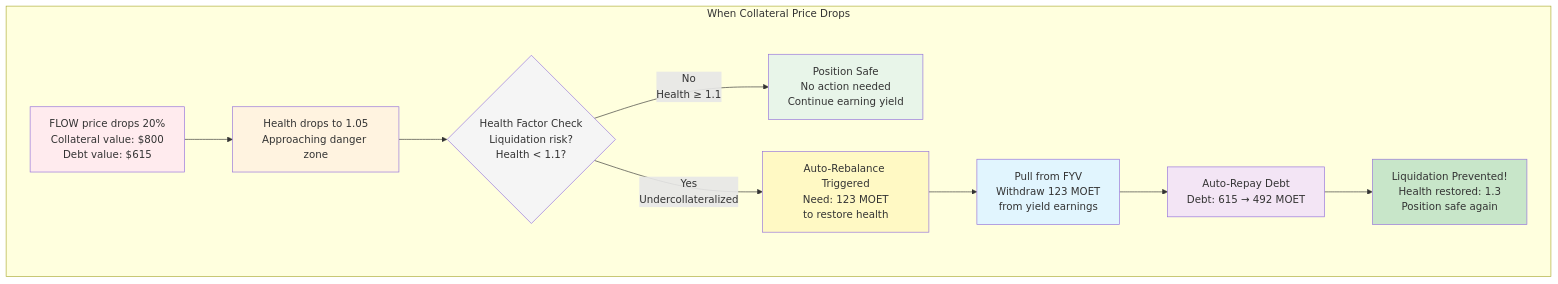
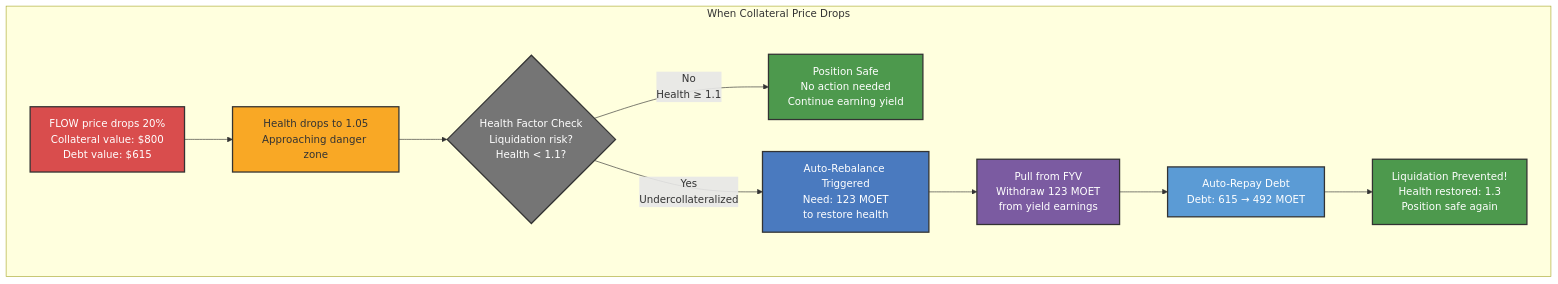
The sixth of 7 diagrams in docs/defi/alp/architecture.md (onflow/docs), drawn with Mermaid before and after one commit. The commit also changed other lines of this file and 12 other files, not shown here.

````diff
--- a/docs/defi/alp/architecture.md
+++ b/docs/defi/alp/architecture.md
@@ -226,21 +226,21 @@
 ```mermaid
 graph TB
     subgraph "When Collateral Price Drops"
         R1[FLOW price drops 20%<br/>Collateral value: $800<br/>Debt value: $615] --> R2[Health drops to 1.05<br/>Approaching danger zone]
         R2 --> R3{Health Factor Check<br/>Liquidation risk?<br/>Health < 1.1?}
         R3 -->|No<br/>Health ≥ 1.1| R4[Position Safe<br/>No action needed<br/>Continue earning yield]
         R3 -->|Yes<br/>Undercollateralized| R5[Auto-Rebalance Triggered<br/>Need: 123 MOET<br/>to restore health]
         R5 --> R6[Pull from FYV<br/>Withdraw 123 MOET<br/>from yield earnings]
         R6 --> R7[Auto-Repay Debt<br/>Debt: 615 → 492 MOET]
         R7 --> R8[Liquidation Prevented!<br/>Health restored: 1.3<br/>Position safe again]
     end
 
-    style R1 fill:#ffebee
-    style R2 fill:#fff3e0
-    style R3 fill:#f5f5f5
-    style R4 fill:#e8f5e9
-    style R5 fill:#fff9c4
-    style R6 fill:#e1f5fe
-    style R7 fill:#f3e5f5
-    style R8 fill:#c8e6c9
+    style R1 fill:#d94d4d,stroke:#333,stroke-width:2px,color:#fff
+    style R2 fill:#f9a825,stroke:#333,stroke-width:2px
+    style R3 fill:#757575,stroke:#333,stroke-width:2px,color:#fff
+    style R4 fill:#4d994d,stroke:#333,stroke-width:2px,color:#fff
+    style R5 fill:#4a7abf,stroke:#333,stroke-width:2px,color:#fff
+    style R6 fill:#7b5ba1,stroke:#333,stroke-width:2px,color:#fff
+    style R7 fill:#5b9bd5,stroke:#333,stroke-width:2px,color:#fff
+    style R8 fill:#4d994d,stroke:#333,stroke-width:2px,color:#fff
 ```
````
